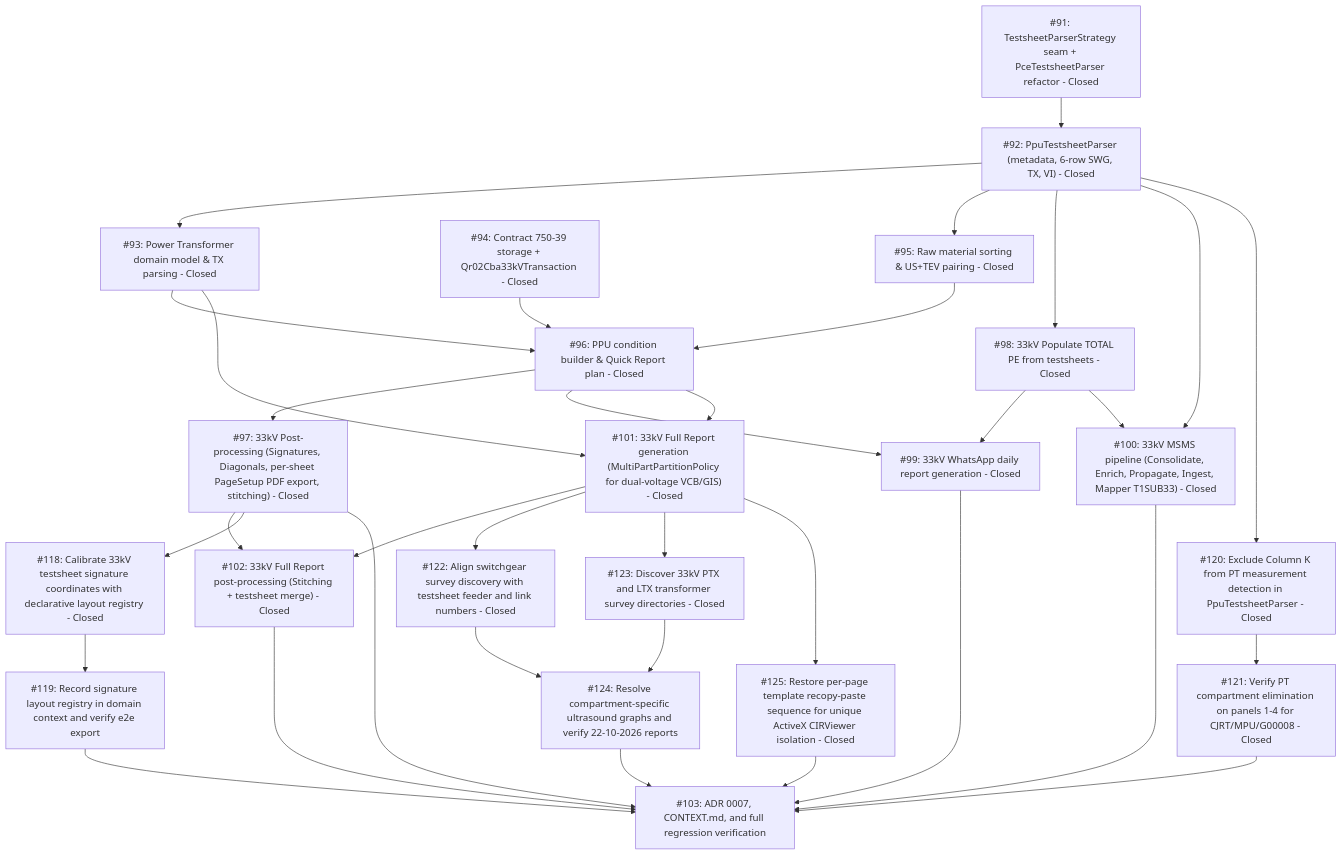
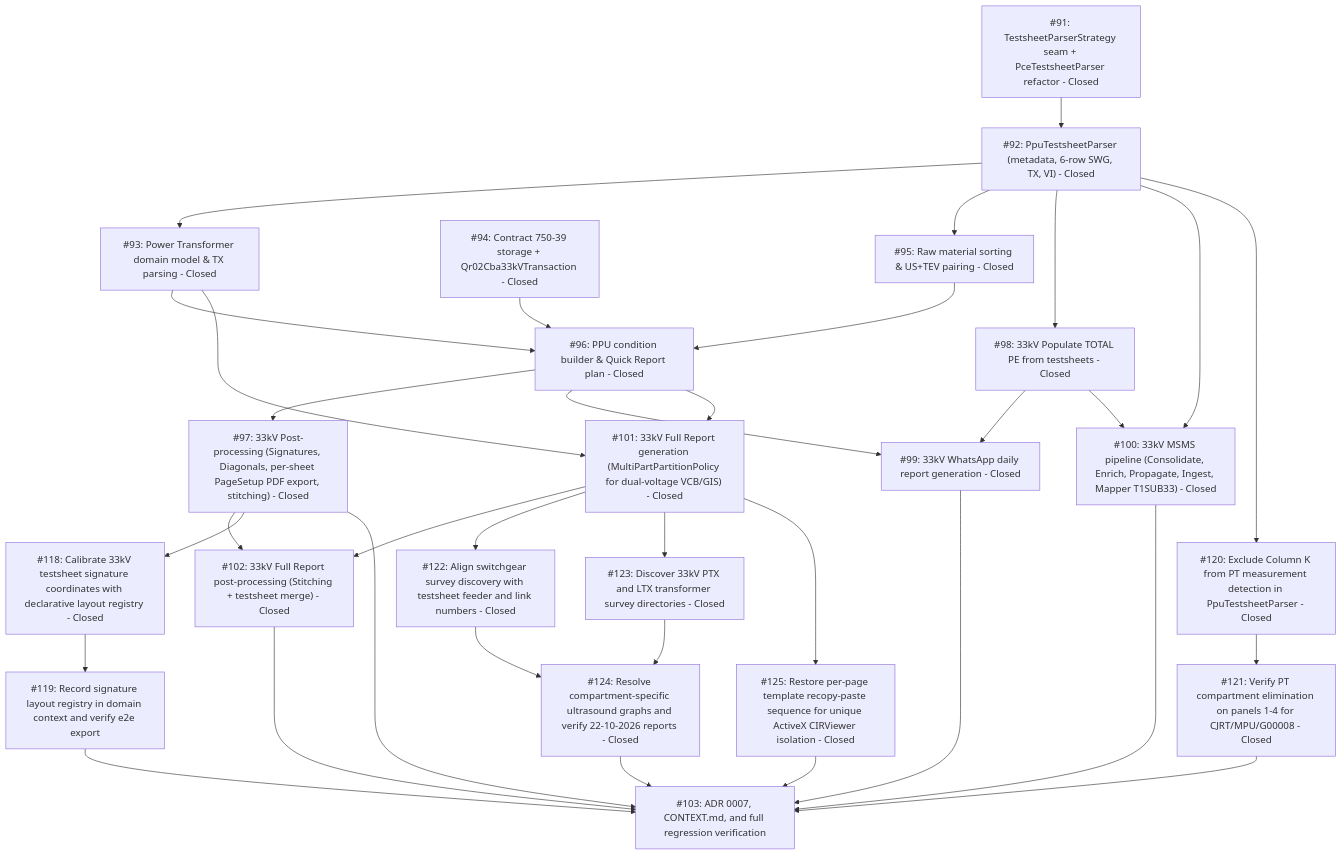
Before and after one commit to adamlarGit/pahang-cli: the diagram in .wayfinder/33kv-system-workflow/map.md, drawn with Mermaid. The commit also changed other lines of this file and 5 other files, not shown here.

First line of the commit message:
fix(full-report): resolve compartment-specific ultrasound graphs and verify 22-10-2026 reports (#124)

````diff
--- a/.wayfinder/33kv-system-workflow/map.md
+++ b/.wayfinder/33kv-system-workflow/map.md
@@ -55,58 +55,58 @@
 ```mermaid
 graph TD
     T91["#91: TestsheetParserStrategy seam + PceTestsheetParser refactor - Closed"]
     T92["#92: PpuTestsheetParser (metadata, 6-row SWG, TX, VI) - Closed"]
     T93["#93: Power Transformer domain model & TX parsing - Closed"]
     T94["#94: Contract 750-39 storage + Qr02Cba33kVTransaction - Closed"]
     T95["#95: Raw material sorting & US+TEV pairing - Closed"]
     T96["#96: PPU condition builder & Quick Report plan - Closed"]
     T97["#97: 33kV Post-processing (Signatures, Diagonals, per-sheet PageSetup PDF export, stitching) - Closed"]
     T98["#98: 33kV Populate TOTAL PE from testsheets - Closed"]
     T99["#99: 33kV WhatsApp daily report generation - Closed"]
     T100["#100: 33kV MSMS pipeline (Consolidate, Enrich, Propagate, Ingest, Mapper T1SUB33) - Closed"]
     T101["#101: 33kV Full Report generation (MultiPartPartitionPolicy for dual-voltage VCB/GIS) - Closed"]
     T102["#102: 33kV Full Report post-processing (Stitching + testsheet merge) - Closed"]
     T118["#118: Calibrate 33kV testsheet signature coordinates with declarative layout registry - Closed"]
     T119["#119: Record signature layout registry in domain context and verify e2e export"]
     T120["#120: Exclude Column K from PT measurement detection in PpuTestsheetParser - Closed"]
     T121["#121: Verify PT compartment elimination on panels 1-4 for CJRT/MPU/G00008 - Closed"]
     T122["#122: Align switchgear survey discovery with testsheet feeder and link numbers - Closed"]
     T123["#123: Discover 33kV PTX and LTX transformer survey directories - Closed"]
-    T124["#124: Resolve compartment-specific ultrasound graphs and verify 22-10-2026 reports"]
+    T124["#124: Resolve compartment-specific ultrasound graphs and verify 22-10-2026 reports - Closed"]
     T125["#125: Restore per-page template recopy-paste sequence for unique ActiveX CIRViewer isolation - Closed"]
     T103["#103: ADR 0007, CONTEXT.md, and full regression verification"]
 
     T91 --> T92
     T92 --> T93
     T92 --> T95
     T92 --> T98
     T94 --> T96
     T93 --> T96
     T95 --> T96
     T96 --> T97
     T96 --> T99
     T98 --> T99
     T98 --> T100
     T92 --> T100
     T93 --> T101
     T96 --> T101
     T97 --> T102
     T101 --> T102
     T97 --> T118
     T118 --> T119
     T119 --> T103
     T92 --> T120
     T120 --> T121
     T121 --> T103
     T101 --> T122
     T101 --> T123
     T122 --> T124
     T123 --> T124
     T124 --> T103
     T101 --> T125
     T125 --> T103
     T97 --> T103
     T99 --> T103
     T100 --> T103
     T102 --> T103
 ```
````
